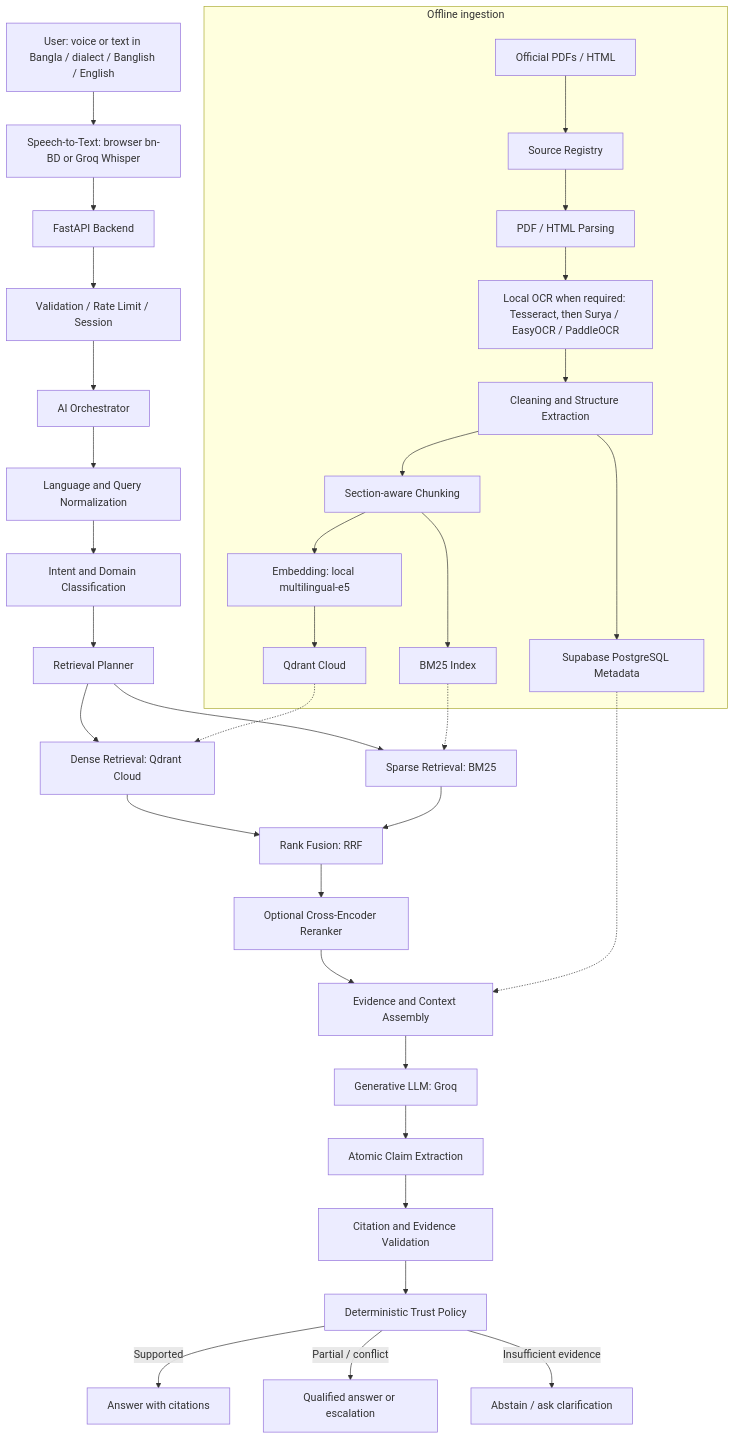
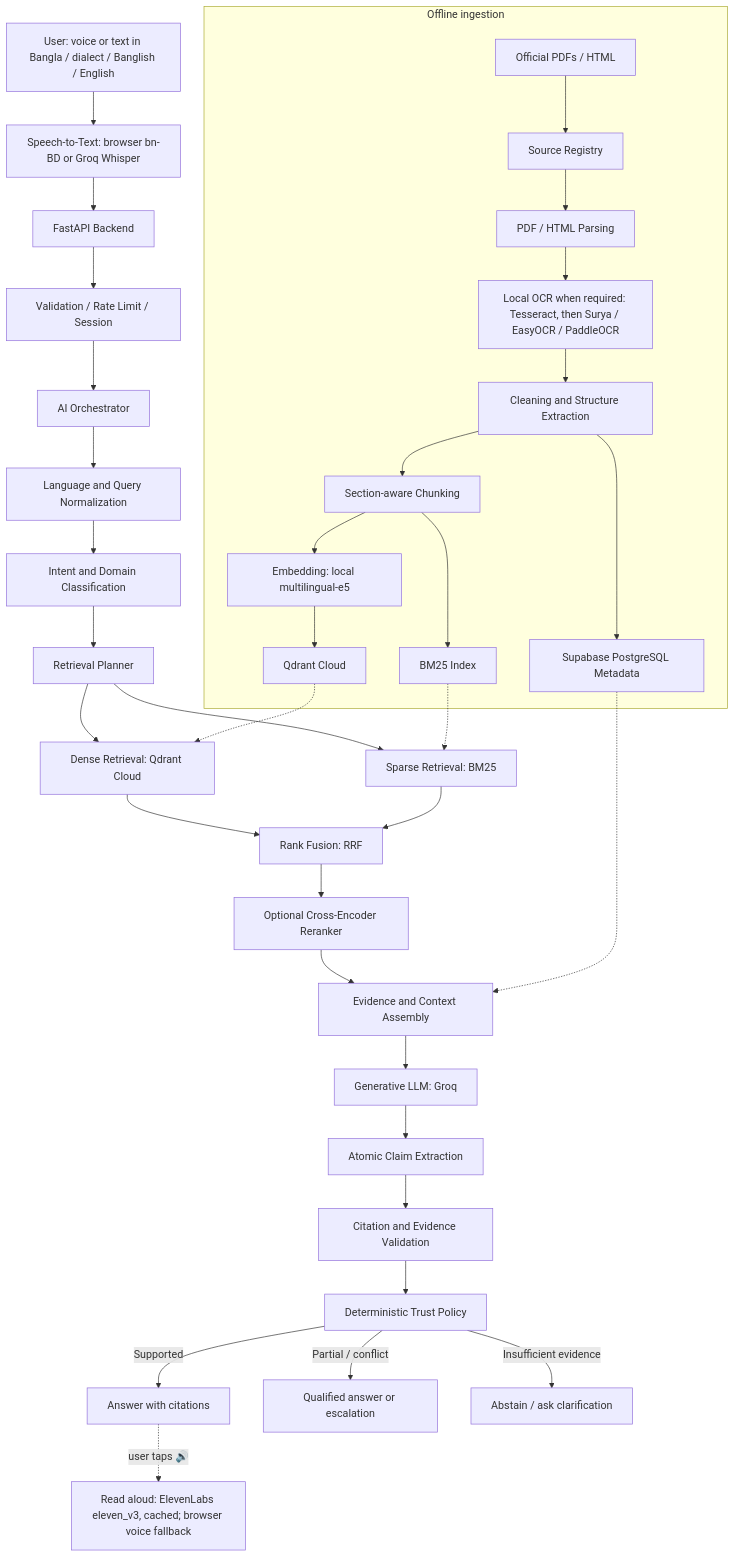
The first of 2 diagrams in docs/pipeline.md (cou-ai-hackathon26/team_Phantom_Troupe), drawn with Mermaid before and after one commit. The commit also changed other lines of this file and 4 other files, not shown here.

First line of the commit message:
Docs: describe 🔊 read-aloud everywhere

````diff
--- a/docs/pipeline.md
+++ b/docs/pipeline.md
@@ -122,38 +125,39 @@
 ``` mermaid
 flowchart TD
     U[User: voice or text in Bangla / dialect / Banglish / English] --> STT[Speech-to-Text: browser bn-BD or Groq Whisper]
     STT --> API[FastAPI Backend]
     API --> AUTH[Validation / Rate Limit / Session]
     AUTH --> ORCH[AI Orchestrator]
     ORCH --> N[Language and Query Normalization]
     N --> I[Intent and Domain Classification]
     I --> P[Retrieval Planner]
     P --> D[Dense Retrieval: Qdrant Cloud]
     P --> S[Sparse Retrieval: BM25]
     D --> F[Rank Fusion: RRF]
     S --> F
     F --> RR[Optional Cross-Encoder Reranker]
     RR --> CTX[Evidence and Context Assembly]
     CTX --> LLM[Generative LLM: Groq]
     LLM --> CLAIM[Atomic Claim Extraction]
     CLAIM --> CV[Citation and Evidence Validation]
     CV --> POLICY[Deterministic Trust Policy]
     POLICY -->|Supported| ANS[Answer with citations]
     POLICY -->|Partial / conflict| WARN[Qualified answer or escalation]
     POLICY -->|Insufficient evidence| ABSTAIN[Abstain / ask clarification]
+    ANS -.->|user taps 🔊| TTS[Read aloud: ElevenLabs eleven_v3, cached; browser voice fallback]
 
     subgraph Offline ingestion
       SRC[Official PDFs / HTML] --> REG[Source Registry]
       REG --> PARSE[PDF / HTML Parsing]
       PARSE --> OCR[Local OCR when required: Tesseract, then Surya / EasyOCR / PaddleOCR]
       OCR --> CLEAN[Cleaning and Structure Extraction]
       CLEAN --> CHUNK[Section-aware Chunking]
       CHUNK --> EMB[Embedding: local multilingual-e5]
       EMB --> QD[Qdrant Cloud]
       CHUNK --> BM[BM25 Index]
       CLEAN --> PG[Supabase PostgreSQL Metadata]
     end
     QD -.-> D
     BM -.-> S
     PG -.-> CTX
 ```
````
